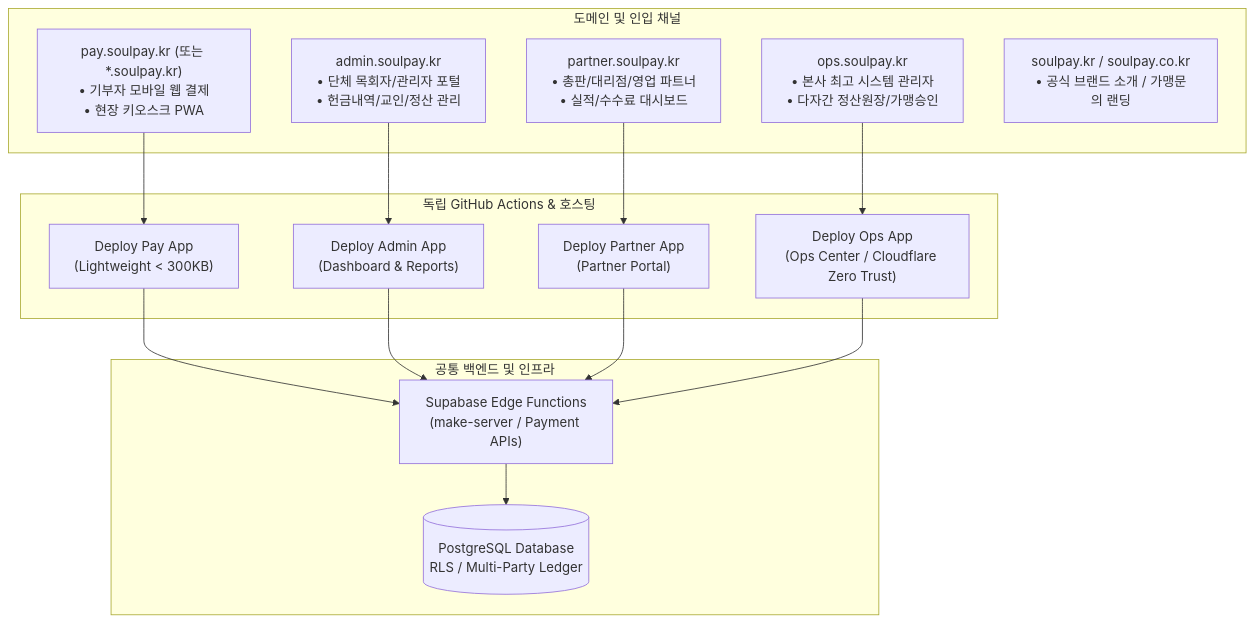
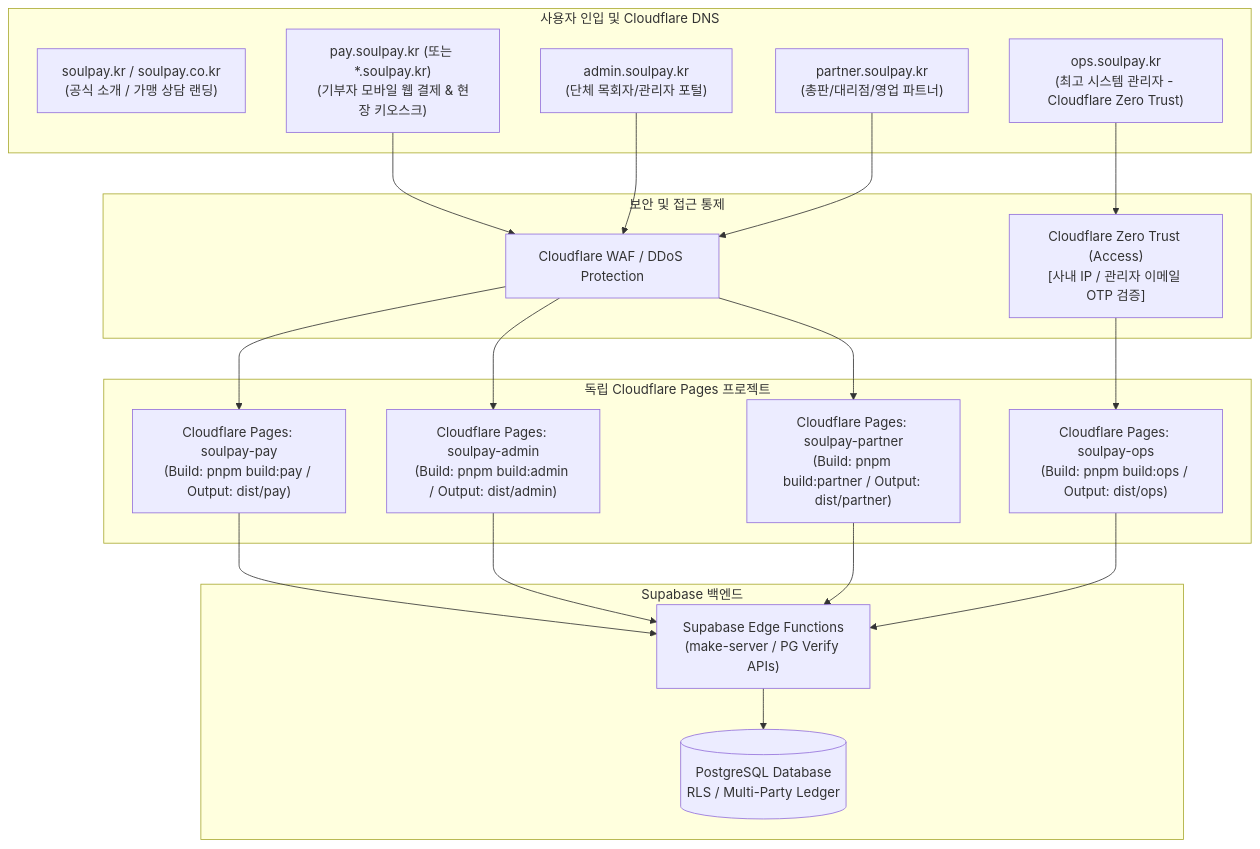
Before and after one commit to ggumja/faithpay: the diagram in SoulPay SaaS Platform/DOMAIN_PIPELINE_SEPARATION_PLAN.md, drawn with Mermaid. The commit also changed other lines of this file, not shown here.

Commit message:
docs: update separation plan with Cloudflare Pages and DNS specs / Cloudflare 기반 도메인 및 배포 분리 상세 계획 갱신

````diff
--- a/SoulPay SaaS Platform/DOMAIN_PIPELINE_SEPARATION_PLAN.md
+++ b/SoulPay SaaS Platform/DOMAIN_PIPELINE_SEPARATION_PLAN.md
@@ -27,34 +32,39 @@
 ```mermaid
 graph TD
-    subgraph Client Domains [도메인 및 인입 채널]
-        D_PAY["pay.soulpay.kr (또는 *.soulpay.kr)<br/>• 기부자 모바일 웹 결제<br/>• 현장 키오스크 PWA"]
-        D_ADMIN["admin.soulpay.kr<br/>• 단체 목회자/관리자 포털<br/>• 헌금내역/교인/정산 관리"]
-        D_PARTNER["partner.soulpay.kr<br/>• 총판/대리점/영업 파트너<br/>• 실적/수수료 대시보드"]
-        D_OPS["ops.soulpay.kr<br/>• 본사 최고 시스템 관리자<br/>• 다자간 정산원장/가맹승인"]
-        D_ROOT["soulpay.kr / soulpay.co.kr<br/>• 공식 브랜드 소개 / 가맹문의 랜딩"]
+    subgraph Users & DNS [사용자 인입 및 Cloudflare DNS]
+        D_ROOT["soulpay.kr / soulpay.co.kr<br/>(공식 소개 / 가맹 상담 랜딩)"]
+        D_PAY["pay.soulpay.kr (또는 *.soulpay.kr)<br/>(기부자 모바일 웹 결제 & 현장 키오스크)"]
+        D_ADMIN["admin.soulpay.kr<br/>(단체 목회자/관리자 포털)"]
+        D_PARTNER["partner.soulpay.kr<br/>(총판/대리점/영업 파트너)"]
+        D_OPS["ops.soulpay.kr<br/>(최고 시스템 관리자 - Cloudflare Zero Trust)"]
     end
 
-    subgraph CI/CD Pipelines [독립 GitHub Actions & 호스팅]
-        P_PAY["Deploy Pay App<br/>(Lightweight < 300KB)"]
-        P_ADMIN["Deploy Admin App<br/>(Dashboard & Reports)"]
-        P_PARTNER["Deploy Partner App<br/>(Partner Portal)"]
-        P_OPS["Deploy Ops App<br/>(Ops Center / Cloudflare Zero Trust)"]
+    subgraph Cloudflare Pages [독립 Cloudflare Pages 프로젝트]
+        P_PAY["Cloudflare Pages: soulpay-pay<br/>(Build: pnpm build:pay / Output: dist/pay)"]
+        P_ADMIN["Cloudflare Pages: soulpay-admin<br/>(Build: pnpm build:admin / Output: dist/admin)"]
+        P_PARTNER["Cloudflare Pages: soulpay-partner<br/>(Build: pnpm build:partner / Output: dist/partner)"]
+        P_OPS["Cloudflare Pages: soulpay-ops<br/>(Build: pnpm build:ops / Output: dist/ops)"]
     end
 
-    subgraph Core Backend [공통 백엔드 및 인프라]
-        API["Supabase Edge Functions<br/>(make-server / Payment APIs)"]
+    subgraph Security Layer [보안 및 접근 통제]
+        WAF["Cloudflare WAF / DDoS Protection"]
+        ZT["Cloudflare Zero Trust (Access)<br/>[사내 IP / 관리자 이메일 OTP 검증]"]
+    end
+
+    subgraph Backend Core [Supabase 백엔드]
+        API["Supabase Edge Functions<br/>(make-server / PG Verify APIs)"]
         DB[(PostgreSQL Database<br/>RLS / Multi-Party Ledger)]
     end
 
-    D_PAY --> P_PAY
-    D_ADMIN --> P_ADMIN
-    D_PARTNER --> P_PARTNER
-    D_OPS --> P_OPS
+    D_PAY --> WAF --> P_PAY
+    D_ADMIN --> WAF --> P_ADMIN
+    D_PARTNER --> WAF --> P_PARTNER
+    D_OPS --> ZT --> P_OPS
 
     P_PAY --> API
     P_ADMIN --> API
     P_PARTNER --> API
     P_OPS --> API
 
     API --> DB
 ```
````
